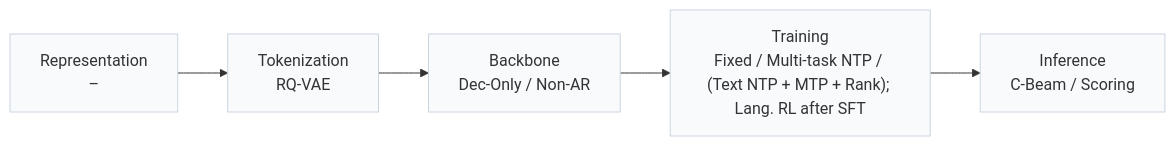
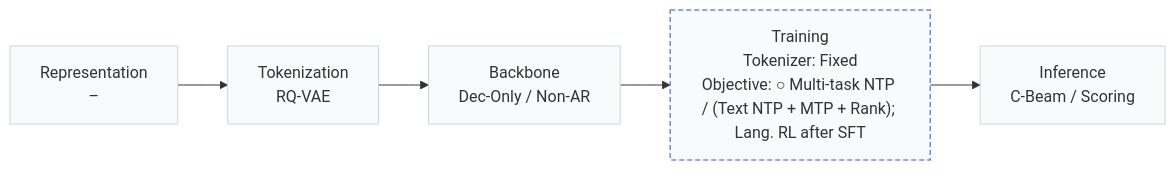
One commit to Galaxy-ghost/Awesome-SID-Generative-Rec changed the first of 2 diagrams in pages/papers/netflix-sid-comparison.md. Above: the diagram before and after it, drawn with Mermaid. The commit also changed other lines of this file and 558 other files, not shown here.

````diff
--- a/pages/papers/netflix-sid-comparison.md
+++ b/pages/papers/netflix-sid-comparison.md
@@ -15,6 +19,8 @@
 ```mermaid
 flowchart LR
-    R["Representation<br/>–"] --> T["Tokenization<br/>RQ-VAE"] --> B["Backbone<br/>Dec-Only / Non-AR"] --> TR["Training<br/>Fixed / Multi-task NTP / (Text NTP + MTP + Rank); Lang. RL after SFT"] --> I["Inference<br/>C-Beam / Scoring"]
+    R["Representation<br/>–"] --> T["Tokenization<br/>RQ-VAE"] --> B["Backbone<br/>Dec-Only / Non-AR"] --> TR["Training<br/>Tokenizer: Fixed<br/>Objective: ○ Multi-task NTP / (Text NTP + MTP + Rank); Lang. RL after SFT"] --> I["Inference<br/>C-Beam / Scoring"]
     classDef base fill:#f8fafc,stroke:#cbd5e1
     class R,T,B,TR,I base
+    classDef other fill:#f8fafc,stroke:#6b8fc7,stroke-width:1.5px,stroke-dasharray:5 3
+    class TR other
 ```
````
